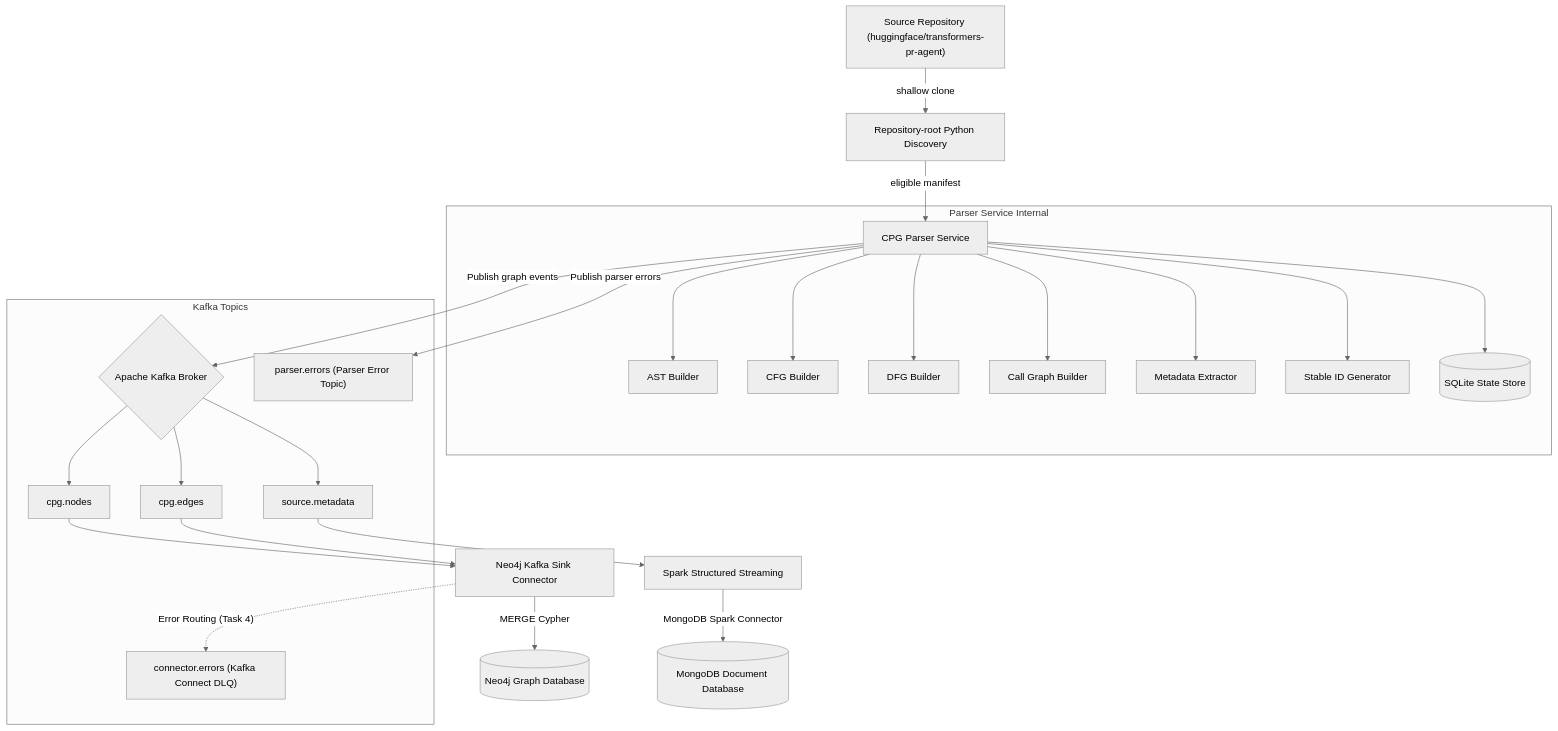
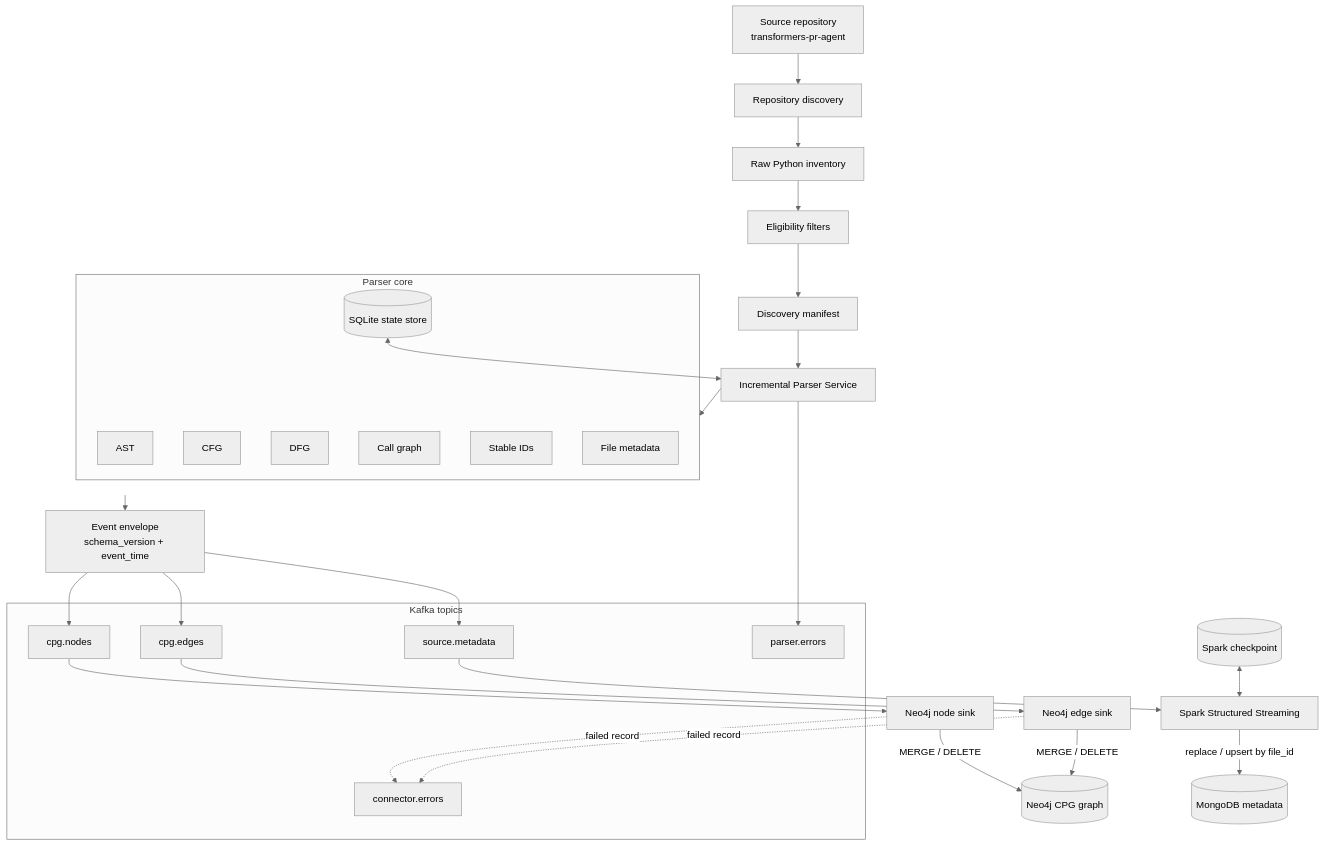
The first of 2 diagrams in docs/system_architecture.md (Hutaph/lab04-cpg-streaming), drawn with Mermaid (neutral theme) before and after one commit. The commit also changed other lines of this file and 9 other files, not shown here.

Commit message:
docs(book): complete architecture narrative and Task 1 presentation

````diff
--- a/docs/system_architecture.md
+++ b/docs/system_architecture.md
@@ -43,34 +18,49 @@
 ```mermaid
-graph TD
-    SourceRepo["Source Repository (huggingface/transformers-pr-agent)"] -->|"shallow clone"| FileDiscovery["Repository-root Python Discovery"]
-    FileDiscovery -->|"eligible manifest"| CpgParser["CPG Parser Service"]
-    
-    subgraph Parser Service Internal
-        CpgParser --> AST["AST Builder"]
-        CpgParser --> CFG["CFG Builder"]
-        CpgParser --> DFG["DFG Builder"]
-        CpgParser --> Call["Call Graph Builder"]
-        CpgParser --> Meta["Metadata Extractor"]
-        CpgParser --> StableId["Stable ID Generator"]
-        CpgParser --> StateStore[("SQLite State Store")]
+flowchart TB
+    Source["Source repository<br/>transformers-pr-agent"]
+    Discovery["Repository discovery"]
+    Raw["Raw Python inventory"]
+    Filters["Eligibility filters"]
+    Manifest["Discovery manifest"]
+    Parser["Incremental Parser Service"]
+
+    Source --> Discovery --> Raw --> Filters --> Manifest --> Parser
+
+    subgraph ParserCore["Parser core"]
+        AST["AST"]
+        CFG["CFG"]
+        DFG["DFG"]
+        Calls["Call graph"]
+        StableIDs["Stable IDs"]
+        FileMetadata["File metadata"]
+        State[("SQLite state store")]
     end
-    
-    CpgParser -->|"Publish graph events"| KafkaBroker{"Apache Kafka Broker"}
-    CpgParser -->|"Publish parser errors"| TopicErrors["parser.errors (Parser Error Topic)"]
-    
-    subgraph Kafka Topics
-        KafkaBroker --> TopicNodes["cpg.nodes"]
-        KafkaBroker --> TopicEdges["cpg.edges"]
-        KafkaBroker --> TopicMetadata["source.metadata"]
-        TopicErrors
-        TopicConnectorErrors["connector.errors (Kafka Connect DLQ)"]
+
+    Parser --> ParserCore
+    State <--> Parser
+    ParserCore --> Envelope["Event envelope<br/>schema_version + event_time"]
+
+    subgraph Kafka["Kafka topics"]
+        Nodes["cpg.nodes"]
+        Edges["cpg.edges"]
+        SourceMetadata["source.metadata"]
+        ParserErrors["parser.errors"]
+        ConnectorErrors["connector.errors"]
     end
-    
-    TopicNodes --> Neo4jSink["Neo4j Kafka Sink Connector"]
-    TopicEdges --> Neo4jSink
-    Neo4jSink -->|"MERGE Cypher"| Neo4jDb[("Neo4j Graph Database")]
-    Neo4jSink -.->|"Error Routing (Task 4)"| TopicConnectorErrors
-    
-    TopicMetadata --> SparkStreaming["Spark Structured Streaming"]
-    SparkStreaming -->|"MongoDB Spark Connector"| MongoDb[("MongoDB Document Database")]
+
+    Envelope --> Nodes
+    Envelope --> Edges
+    Envelope --> SourceMetadata
+    Parser --> ParserErrors
+
+    Nodes --> NodeSink["Neo4j node sink"]
+    Edges --> EdgeSink["Neo4j edge sink"]
+    NodeSink -->|"MERGE / DELETE"| Neo4j[("Neo4j CPG graph")]
+    EdgeSink -->|"MERGE / DELETE"| Neo4j
+    NodeSink -. failed record .-> ConnectorErrors
+    EdgeSink -. failed record .-> ConnectorErrors
+
+    SourceMetadata --> Spark["Spark Structured Streaming"]
+    SparkState[("Spark checkpoint")] <--> Spark
+    Spark -->|"replace / upsert by file_id"| Mongo[("MongoDB metadata")]
 ```
````
